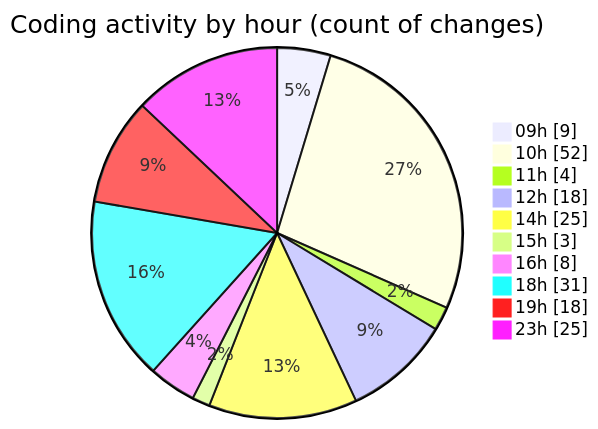
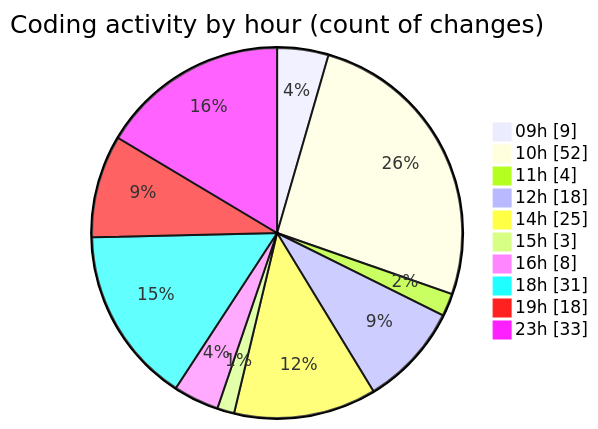
Before and after one commit to momahboobian/code-tracking: the second of 2 diagrams in 2026-09-01/cda/README.md, drawn with Mermaid. The commit also changed other lines of this file and 1 other file, not shown here.

````diff
--- a/2026-09-01/cda/README.md
+++ b/2026-09-01/cda/README.md
@@ -94,14 +94,14 @@
 ```mermaid
 pie showData
 title Coding activity by hour (count of changes)
 "09h" : 9
 "10h" : 52
 "11h" : 4
 "12h" : 18
 "14h" : 25
 "15h" : 3
 "16h" : 8
 "18h" : 31
 "19h" : 18
-"23h" : 25
+"23h" : 33
 ```
````
